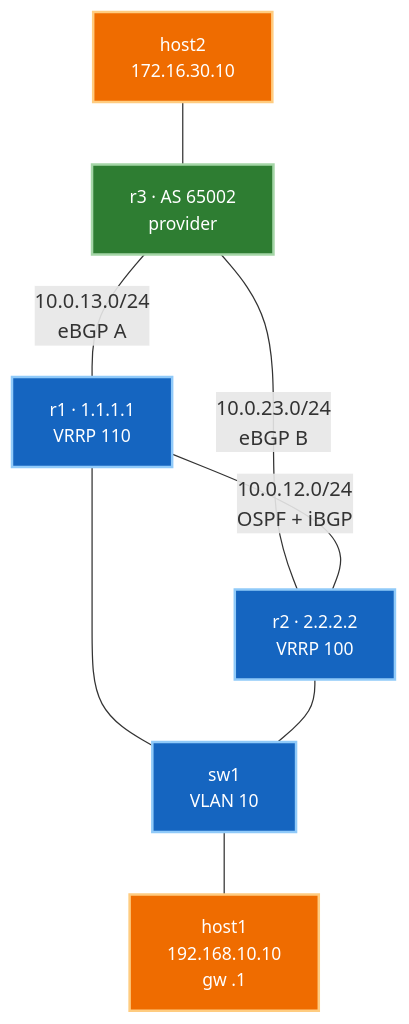
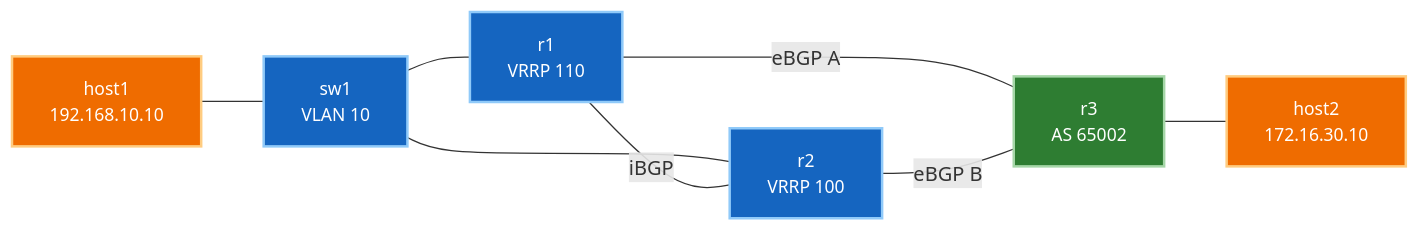
Before and after one commit to etherhtun/netforge-labs: the diagram in docs/courses/01-bgp/lab-04-dual-homed-edge.md, drawn with Mermaid. The commit also changed other lines of this file, not shown here.

Commit message:
fix: Lab 04 topology diagram was a stretched vertical column
Measured the actual rendered geometry instead of guessing at it:

  graph TD (was)   299 x 782   ratio 0.38   <- stretched column
  graph LR (now)  1184 x 190   ratio 6.23   <- scales to the content width

Two causes. The long two-line edge labels ('10.0.13.0/24<br/>eBGP A') created
oversized label boxes that dagre pushed around the nodes, so labels landed on
top of node text with grey backgrounds. And top-down ranking of a 5-rank chain
produced a very tall narrow diagram that read badly.

Fixes: switched to LR so it reads in traffic order (user -> access switch ->
edge routers -> provider -> remote host), and cut edge labels to 'eBGP A',
'eBGP B', 'iBGP'. Link addressing was already in the table below, so nothing is
lost.

Checked the other lab diagrams with the same measurement while I was there —
Lab 01 (836x188, 4.45) and Lab 03 (587x270, 2.17) are both fine and unchanged.

````diff
--- a/docs/courses/01-bgp/lab-04-dual-homed-edge.md
+++ b/docs/courses/01-bgp/lab-04-dual-homed-edge.md
@@ -34,14 +34,15 @@
 ```mermaid
-graph TD
-    H2["host2<br/>172.16.30.10"] --- R3["r3 · AS 65002<br/>provider"]
-    R3 ---|"10.0.13.0/24<br/>eBGP A"| R1["r1 · 1.1.1.1<br/>VRRP 110"]
-    R3 ---|"10.0.23.0/24<br/>eBGP B"| R2["r2 · 2.2.2.2<br/>VRRP 100"]
-    R1 ---|"10.0.12.0/24<br/>OSPF + iBGP"| R2
-    R1 --- SW["sw1<br/>VLAN 10"]
-    R2 --- SW
-    SW --- H1["host1<br/>192.168.10.10<br/>gw .1"]
+graph LR
+    H1["host1<br/>192.168.10.10"] --- SW["sw1<br/>VLAN 10"]
+    SW --- R1["r1<br/>VRRP 110"]
+    SW --- R2["r2<br/>VRRP 100"]
+    R1 ---|iBGP| R2
+    R1 ---|"eBGP A"| R3["r3<br/>AS 65002"]
+    R2 ---|"eBGP B"| R3
+    R3 --- H2["host2<br/>172.16.30.10"]
+
     classDef edge fill:#1565c0,stroke:#90caf9,color:#ffffff,stroke-width:2px,font-size:14px;
     classDef prov fill:#2e7d32,stroke:#a5d6a7,color:#ffffff,stroke-width:2px,font-size:14px;
     classDef host fill:#ef6c00,stroke:#ffcc80,color:#ffffff,stroke-width:2px,font-size:14px;
     class R1,R2,SW edge; class R3 prov; class H1,H2 host;
 ```
````
